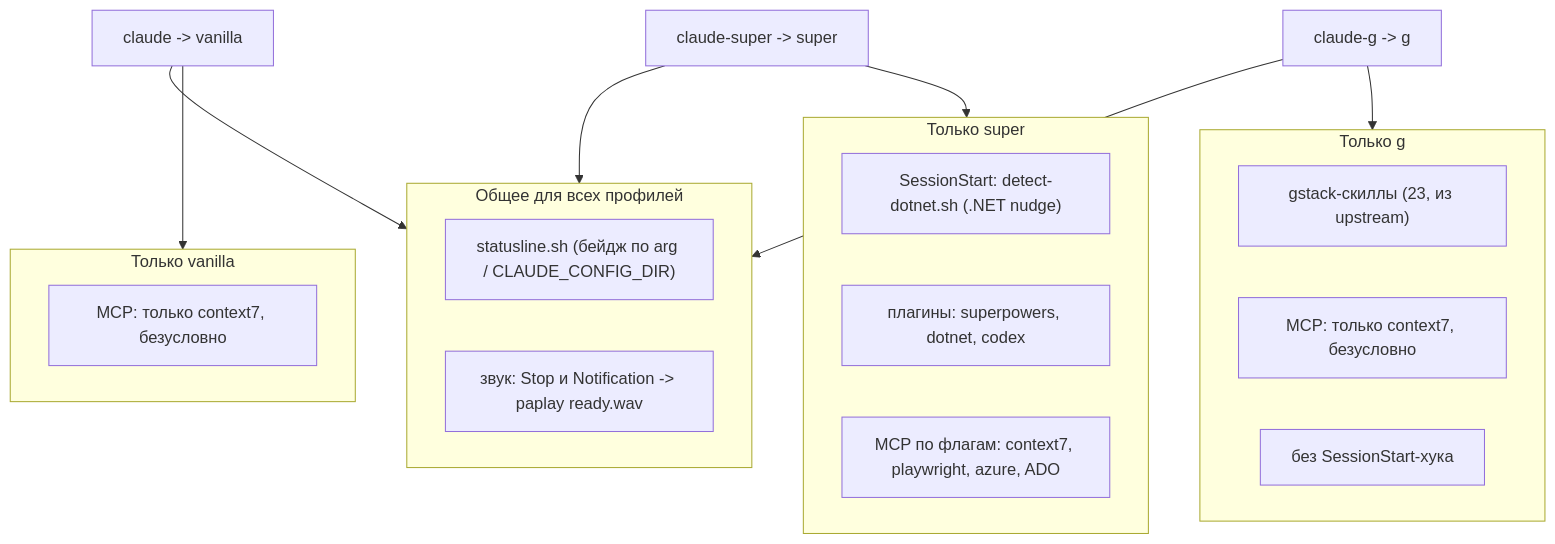
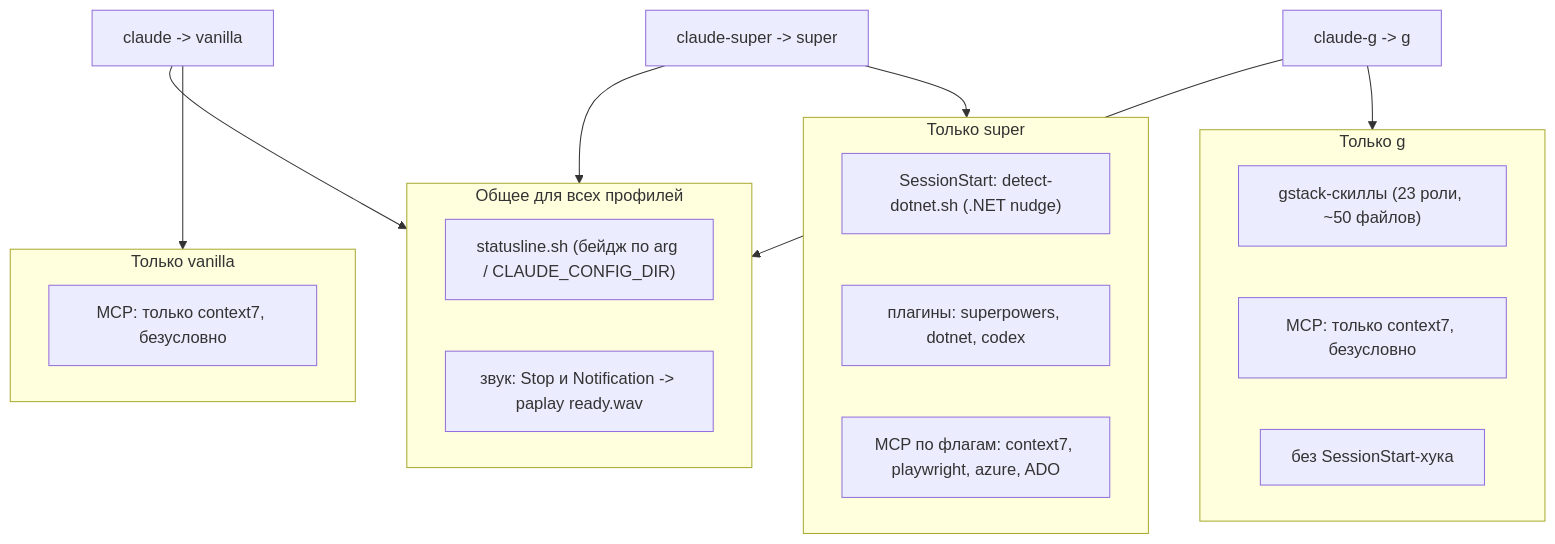
One commit to stpntkhnv/claudefiles changed the diagram in docs/runtime.md. Above: the diagram before and after it, drawn with Mermaid. The commit also changed 2 other files, not shown here.

Commit message:
docs: name the gstack trust boundary, document the pin, sweep README nits
The README said "обновление автоматическое и гейтится по SHA", which reads like
a pin to anyone who has not read lib/gstack.sh — the marker is a change
detector. The gstack section now states the trust boundary plainly (claudefiles
controls WHERE gstack installs, not WHAT it does; upstream is executed unreviewed
on each update), corrects the update wording, and documents
CLAUDEFILES_GSTACK_REF including the caveat that it lives in the environment, so
chezmoi's run_after trigger does not carry it.

Also folded in, all from the review's minor list:
- deps prose in "Что делает setup.sh" item 3 was missing bun;
- badge examples in the vanilla and super rows listed only [vanilla]/[super];
- "gstack (23 скилла)" — 23 is the role count, the layout is about 50 skills;
- a migration line: an existing install running ./setup.sh --non-interactive
  dies until flags.profile_gstack is seeded, with the seed command;
- stale lib/*.sh:line citations in the section.

invariants.md gains the three new test-backed guarantees (offline exception,
structural non-interactivity, the pin) and the end-to-end g coverage.

````diff
--- a/docs/runtime.md
+++ b/docs/runtime.md
@@ -5,26 +5,26 @@
 ```mermaid
 flowchart TD
   subgraph shared["Общее для всех профилей"]
     sl["statusline.sh (бейдж по arg / CLAUDE_CONFIG_DIR)"]
     snd["звук: Stop и Notification -> paplay ready.wav"]
   end
   subgraph vanillaonly["Только vanilla"]
     vmcp["MCP: только context7, безусловно"]
   end
   subgraph superonly["Только super"]
     hook["SessionStart: detect-dotnet.sh (.NET nudge)"]
     plug["плагины: superpowers, dotnet, codex"]
     smcp["MCP по флагам: context7, playwright, azure, ADO"]
   end
   subgraph gonly["Только g"]
-    gskills["gstack-скиллы (23, из upstream)"]
+    gskills["gstack-скиллы (23 роли, ~50 файлов)"]
     gmcp["MCP: только context7, безусловно"]
     gnohook["без SessionStart-хука"]
   end
   van["claude -> vanilla"] --> shared
   van --> vanillaonly
   sup["claude-super -> super"] --> shared
   sup --> superonly
   g["claude-g -> g"] --> shared
   g --> gonly
 ```
````
